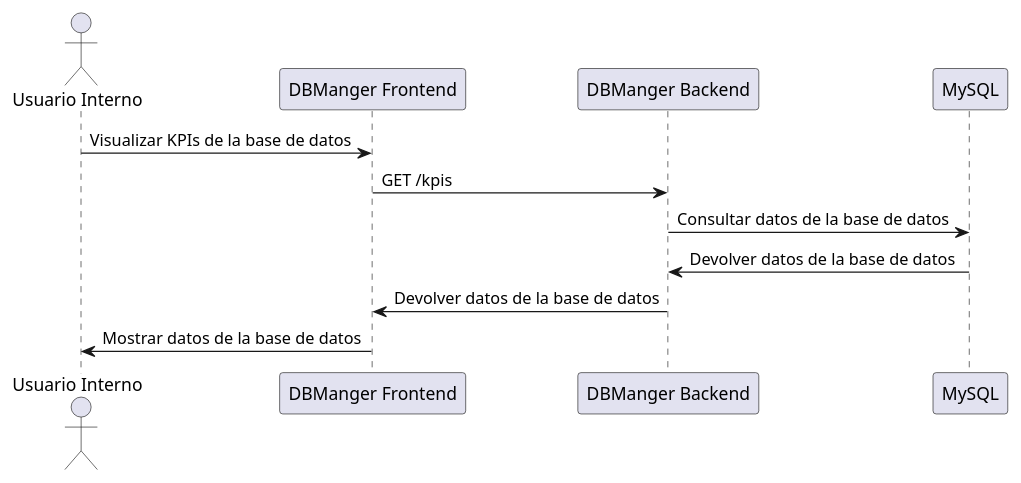
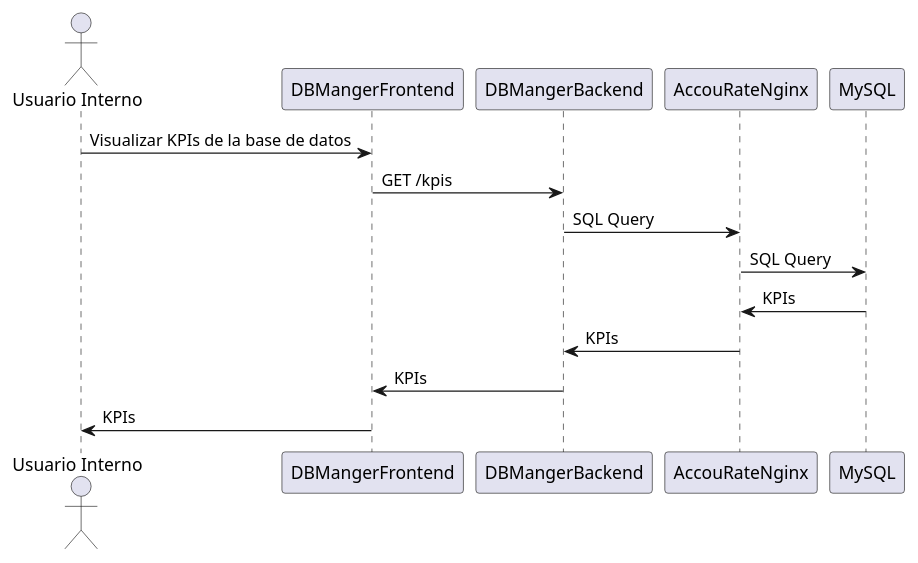
One commit to Haopeng138/UML changed the diagram in DiagramaSecuenciaMonitor.puml. Above: the diagram before and after it, drawn with PlantUML. The commit also changed 5 other files, not shown here.

Commit message:
feat: Agregar diagramas

```diff
--- a/DiagramaSecuenciaMonitor.puml
+++ b/DiagramaSecuenciaMonitor.puml
@@ -1,15 +1,18 @@
 @startuml "Diagrama de secuencia de Monitor web"
 
 actor "Usuario Interno" as Usuario
-participant "DBManger Frontend" as Monitor
-participant "DBManger Backend" as Backend
+participant "DBMangerFrontend" as Monitor
+participant "DBMangerBackend" as Backend
+participant "AccouRateNginx" as Nginx
 participant "MySQL" as MySQL
 
 Usuario -> Monitor: Visualizar KPIs de la base de datos
 Monitor -> Backend: GET /kpis
-Backend -> MySQL: Consultar datos de la base de datos
-MySQL -> Backend: Devolver datos de la base de datos
-Backend -> Monitor: Devolver datos de la base de datos
-Monitor -> Usuario: Mostrar datos de la base de datos
+Backend -> Nginx: SQL Query
+Nginx -> MySQL: SQL Query
+MySQL -> Nginx: KPIs
+Nginx -> Backend: KPIs
+Backend -> Monitor: KPIs
+Monitor -> Usuario: KPIs
 
 @enduml
```
